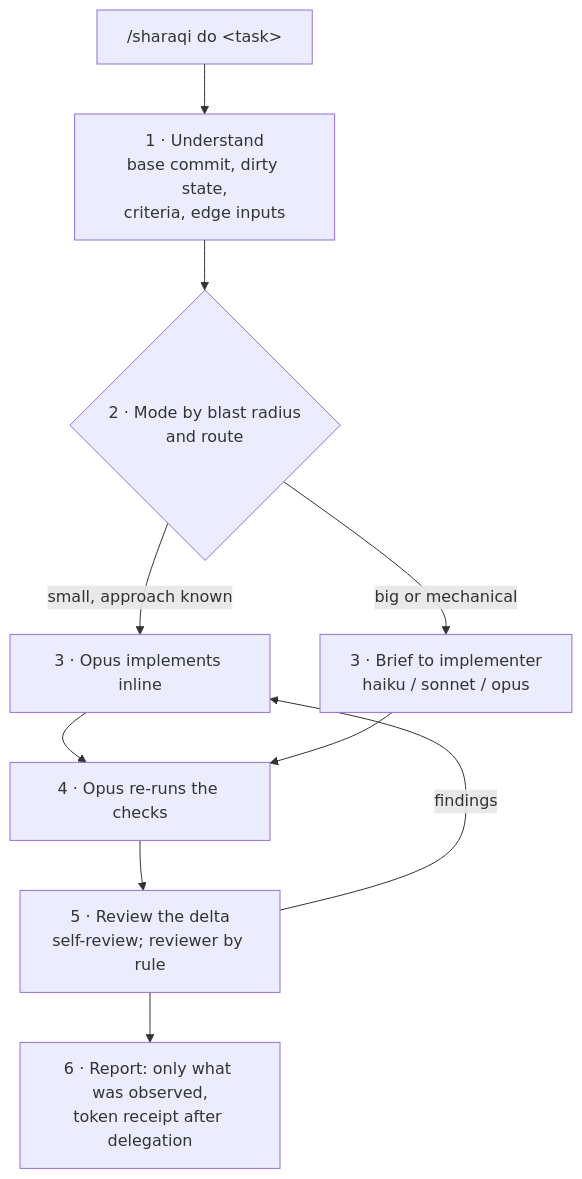
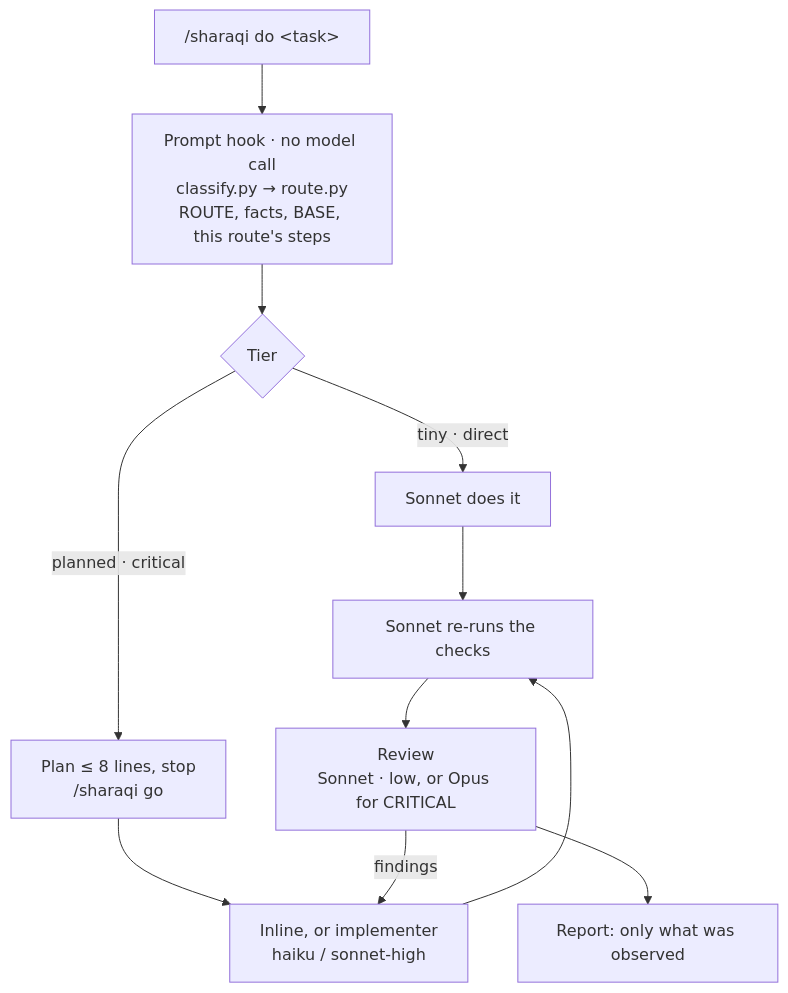
Before and after one commit to EngSharaqi/sharaqi-workflow: the diagram in README.md, drawn with Mermaid. The commit also changed other lines of this file and 105 other files, not shown here.

First line of the commit message:
v1.0.0-exp: Sonnet seat, hook routing, and measured three-arm routing benchmark

````diff
--- a/README.md
+++ b/README.md
@@ -63,12 +88,13 @@
 ```mermaid
 flowchart TD
-    A["/sharaqi do &lt;task&gt;"] --> B["1 · Understand<br/>base commit, dirty state,<br/>criteria, edge inputs"]
-    B --> C{"2 · Mode by blast radius<br/>and route"}
-    C -->|small, approach known| D["3 · Opus implements inline"]
-    C -->|big or mechanical| E["3 · Brief to implementer<br/>haiku / sonnet / opus"]
-    D --> F["4 · Opus re-runs the checks"]
+    A["/sharaqi do &lt;task&gt;"] --> B["Prompt hook · no model call<br/>classify.py → route.py<br/>ROUTE, facts, BASE, this route's steps"]
+    B --> C{"Tier"}
+    C -->|tiny · direct| D["Sonnet does it"]
+    C -->|planned · critical| P["Plan ≤ 8 lines, stop<br/>/sharaqi go"]
+    P --> E["Inline, or implementer<br/>haiku / sonnet-high"]
+    D --> F["Sonnet re-runs the checks"]
     E --> F
-    F --> G["5 · Review the delta<br/>self-review; reviewer by rule"]
-    G -->|findings| D
-    G --> H["6 · Report: only what was observed,<br/>token receipt after delegation"]
+    F --> G["Review<br/>Sonnet · low, or Opus for CRITICAL"]
+    G -->|findings| E
+    G --> H["Report: only what was observed"]
 ```
````
